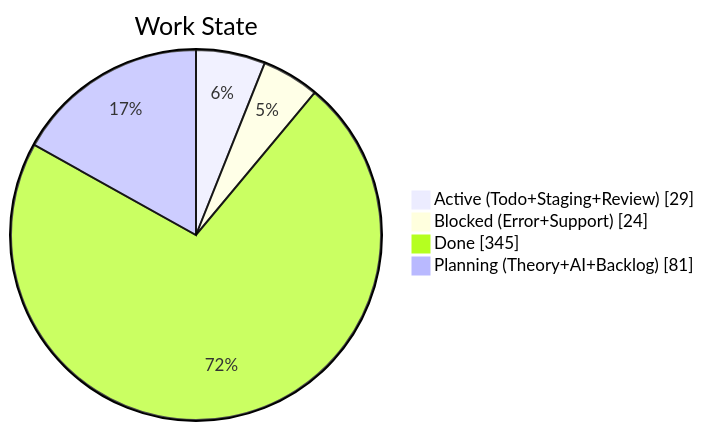
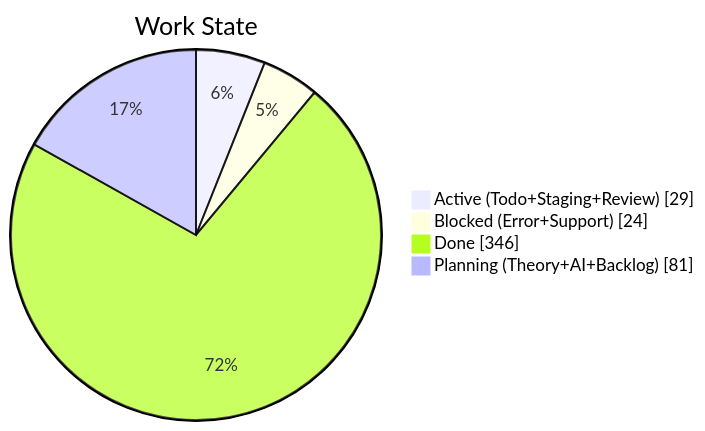
One commit to KBVE/kbve changed the second of 4 diagrams in apps/kbve/astro-kbve/src/content/docs/dashboard/kanban-data.mdx. Above: the diagram before and after it, drawn with Mermaid. The commit also changed other lines of this file and 7 other files, not shown here.

````diff
--- a/apps/kbve/astro-kbve/src/content/docs/dashboard/kanban-data.mdx
+++ b/apps/kbve/astro-kbve/src/content/docs/dashboard/kanban-data.mdx
@@ -68,8 +68,8 @@
 ```mermaid
 pie showData
     title Work State
     "Active (Todo+Staging+Review)" : 29
     "Blocked (Error+Support)" : 24
-    "Done" : 345
+    "Done" : 346
     "Planning (Theory+AI+Backlog)" : 81
 ```
````
